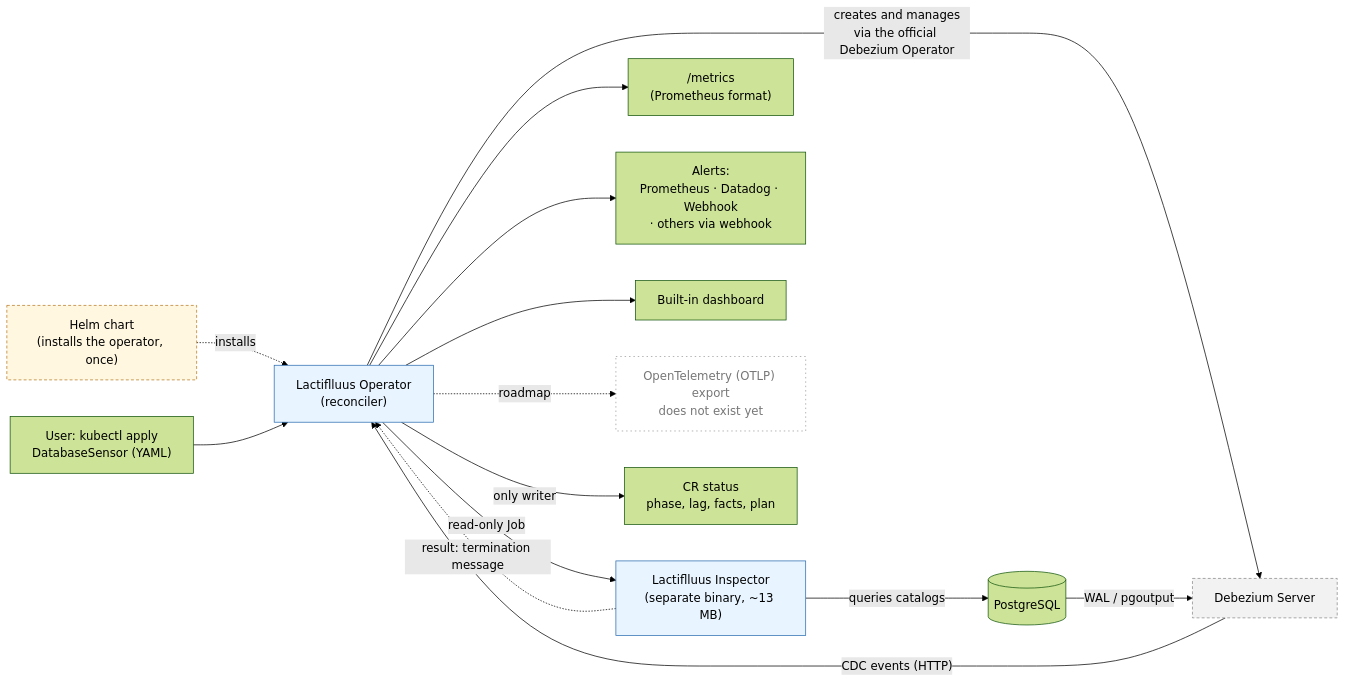
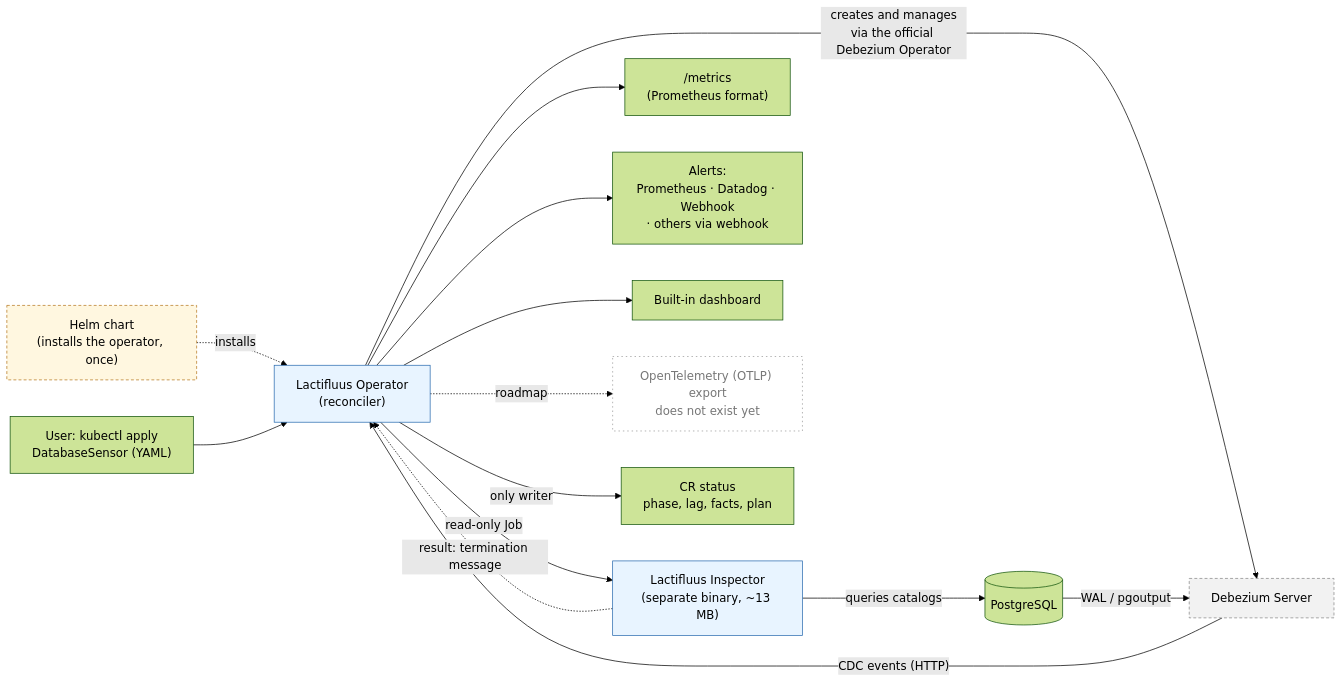
One commit to mercadoalex/db-sensor-operator changed the first of 3 diagrams in docs/overview/stakeholder-brief.md. Above: the diagram before and after it, drawn with Mermaid (forest theme). The commit also changed other lines of this file and 23 other files, not shown here.

````diff
--- a/docs/overview/stakeholder-brief.md
+++ b/docs/overview/stakeholder-brief.md
@@ -47,24 +48,24 @@
 ```mermaid
 flowchart LR
     H["Helm chart<br/>(installs the operator, once)"] -.->|"installs"| OP
-    U["User: kubectl apply<br/>DatabaseSensor (YAML)"] --> OP["Lactiflluus Operator<br/>(reconciler)"]
+    U["User: kubectl apply<br/>DatabaseSensor (YAML)"] --> OP["Lactifluus Operator<br/>(reconciler)"]
     OP -->|"creates and manages<br/>via the official Debezium Operator"| DBZ["Debezium Server"]
-    OP -->|"read-only Job"| INS["Lactiflluus Inspector<br/>(separate binary, ~13 MB)"]
+    OP -->|"read-only Job"| INS["Lactifluus Inspector<br/>(separate binary, ~13 MB)"]
     DB[("PostgreSQL")] -->|"WAL / pgoutput"| DBZ
     INS -->|"queries catalogs"| DB
     DBZ -->|"CDC events (HTTP)"| OP
     OP --> M["/metrics<br/>(Prometheus format)"]
     OP --> AL["Alerts:<br/>Prometheus · Datadog · Webhook<br/>· others via webhook"]
     OP --> DASH["Built-in dashboard"]
     OP -.->|"roadmap"| OT["OpenTelemetry (OTLP) export<br/>does not exist yet"]
     OP -->|"only writer"| ST["CR status<br/>phase, lag, facts, plan"]
     INS -.->|"result: termination message"| OP
     classDef ours fill:#e8f4ff,stroke:#2b6cb0;
     classDef upstream fill:#f2f2f2,stroke:#888,stroke-dasharray: 4 3;
     classDef deploy fill:#fff7e0,stroke:#b7791f,stroke-dasharray: 4 3;
     classDef planned fill:#fff,stroke:#999,stroke-dasharray: 2 4,color:#777;
     class OP,INS ours;
     class DBZ upstream;
     class H deploy;
     class OT planned;
 ```
````
